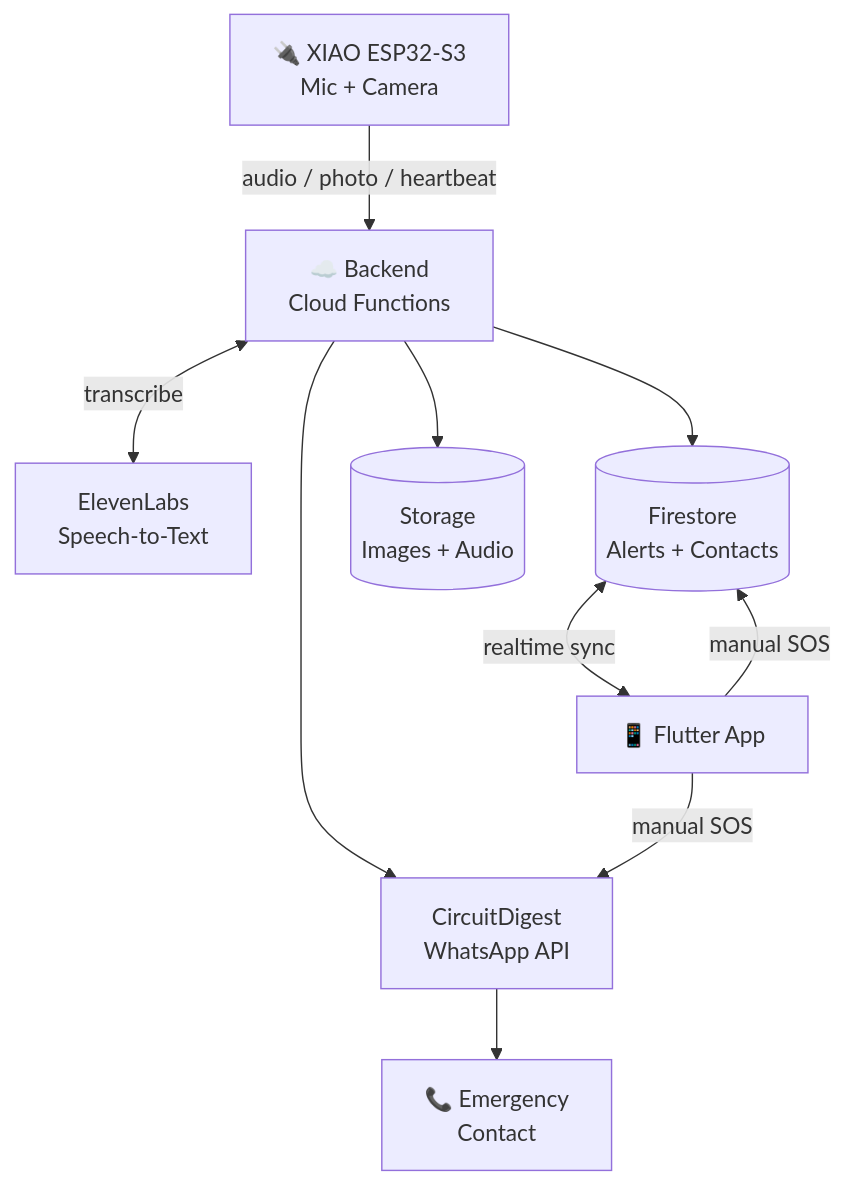
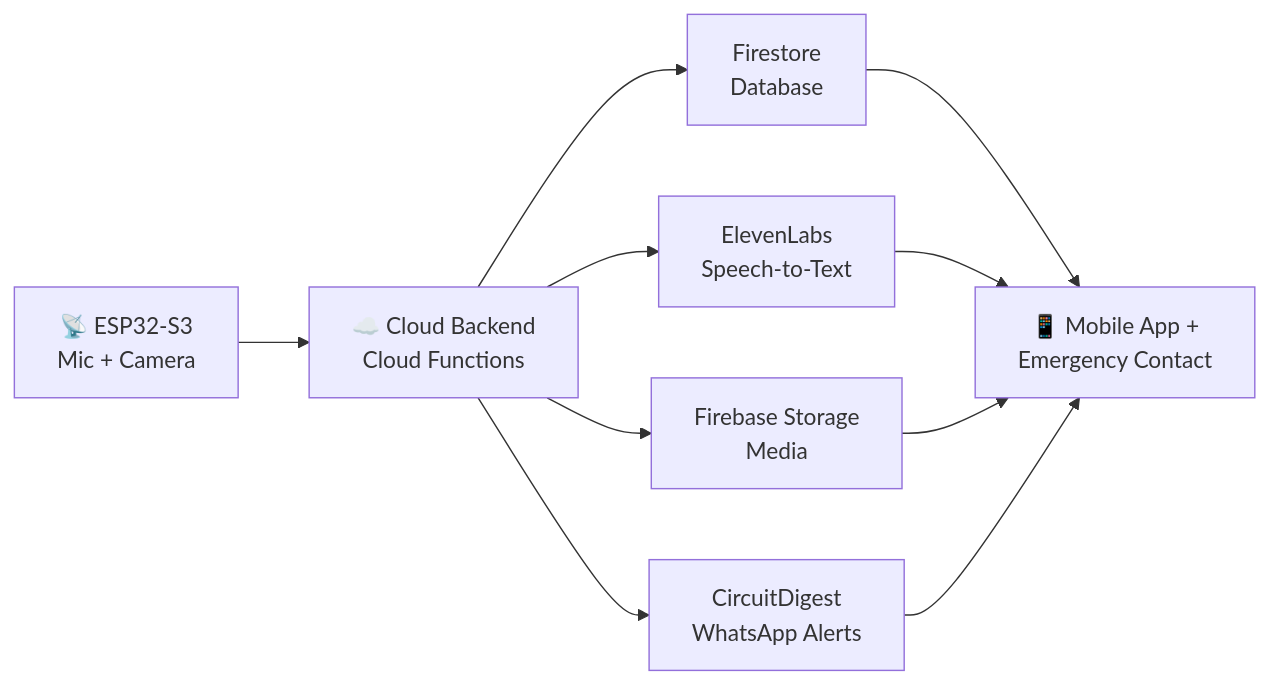
Before and after one commit to SubashreeT24/SheAlert: the first of 2 diagrams in README.md, drawn with Mermaid. The commit also changed other lines of this file, not shown here.

Commit message:
Revise component architecture in README
Updated the component architecture diagram and description to reflect changes in the flow of data and services.

````diff
--- a/README.md
+++ b/README.md
@@ -65,22 +65,12 @@
 ```mermaid
-flowchart TD
-    ESP["🔌 XIAO ESP32-S3<br/>Mic + Camera"]
-    BE["☁️ Backend<br/>Cloud Functions"]
-    STT["ElevenLabs<br/>Speech-to-Text"]
-    WA["CircuitDigest<br/>WhatsApp API"]
-    Contact["📞 Emergency<br/>Contact"]
-    FS[("Firestore<br/>Alerts + Contacts")]
-    ST[("Storage<br/>Images + Audio")]
-    APP["📱 Flutter App"]
-
-    ESP -->|"audio / photo / heartbeat"| BE
-    BE <-->|"transcribe"| STT
-    BE --> FS
-    BE --> ST
-    BE --> WA
-    WA --> Contact
-
-    FS <-->|"realtime sync"| APP
-    APP -->|"manual SOS"| FS
-    APP -->|"manual SOS"| WA
+flowchart LR
+    A["📡 ESP32-S3<br/>Mic + Camera"] --> B["☁️ Cloud Backend<br/>Cloud Functions"]
+    B --> C["Firestore<br/>Database"]
+    B --> D["ElevenLabs<br/>Speech-to-Text"]
+    B --> E["Firebase Storage<br/>Media"]
+    B --> F["CircuitDigest<br/>WhatsApp Alerts"]
+    C --> G["📱 Mobile App +<br/>Emergency Contact"]
+    D --> G
+    E --> G
+    F --> G
 ```
````
